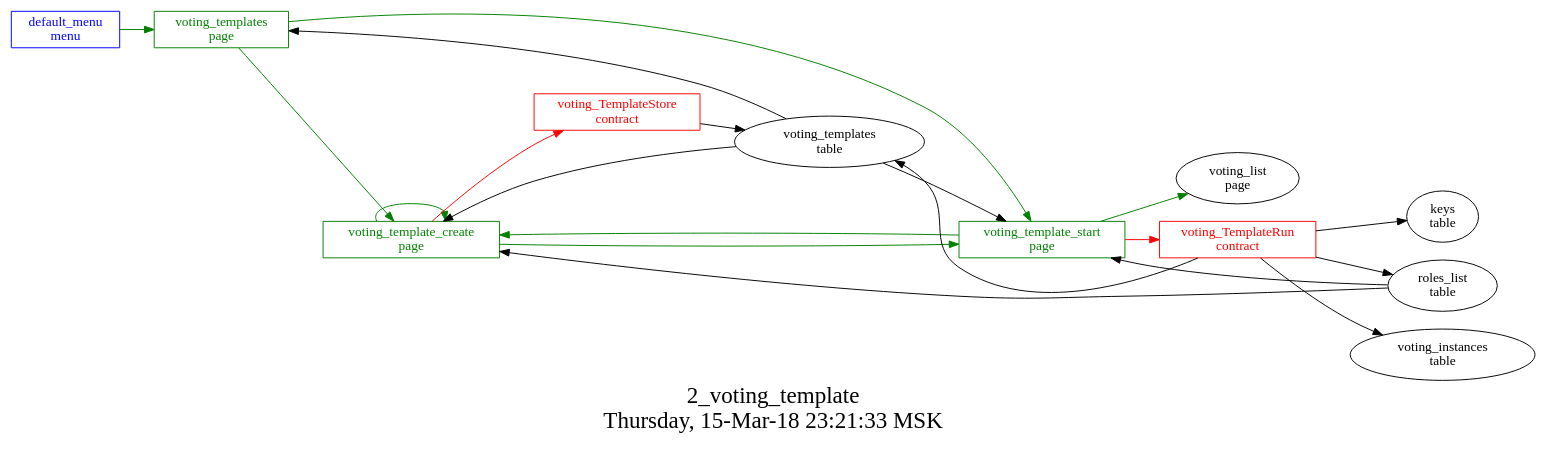
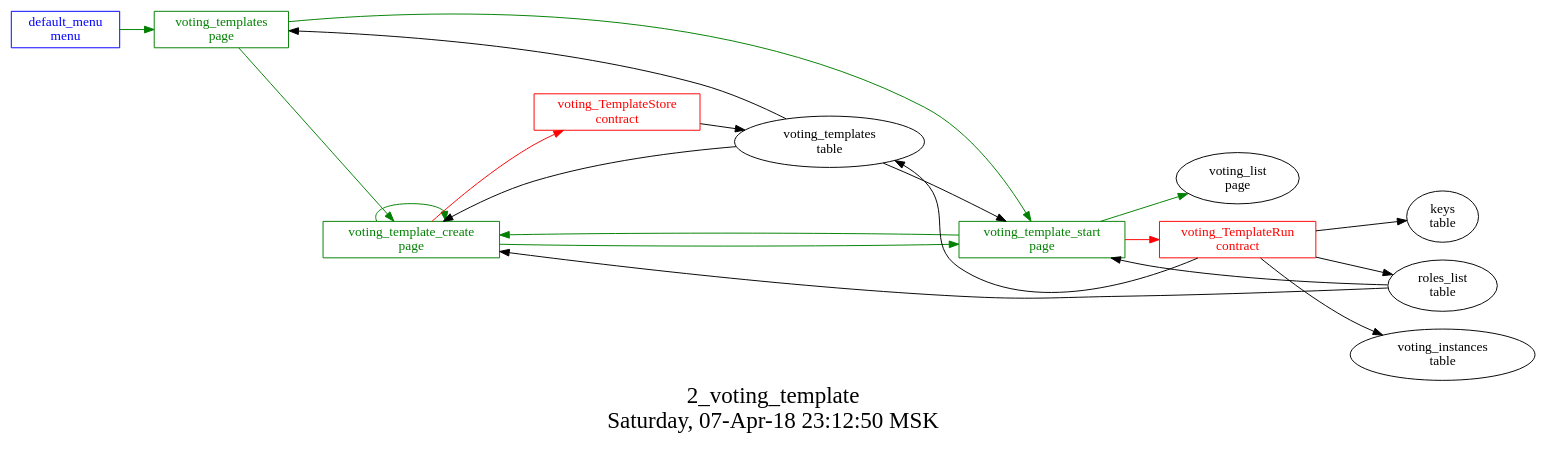
Before and after one commit to AplaProject/apps: the diagram in src/basic/basic_main/2_voting_templates/struct.dot, drawn with Graphviz. The commit also changed 9 other files, not shown here.

```diff
--- a/src/basic/basic_main/2_voting_templates/struct.dot
+++ b/src/basic/basic_main/2_voting_templates/struct.dot
@@ -1,36 +1,36 @@
 digraph G {
 graph [
   fontsize="24";
-  label="2_voting_template\nThursday, 15-Mar-18 23:21:33 MSK";
+  label="2_voting_template\nSaturday, 07-Apr-18 23:12:50 MSK";
   nojustify=true;
   ordering=out;
   rankdir=LR;
   size="30";
 ];
 "default_menu\nmenu" -> "voting_templates\npage"  [ color=green ]
 "default_menu\nmenu" [color=blue, fontcolor=blue, group=menus, shape=record];
 "voting_template_create\npage" -> "voting_TemplateStore\ncontract"  [ color=red ]
 "voting_templates\ntable" -> "voting_template_create\npage"  [ color="" ]
 "roles_list\ntable" -> "voting_template_create\npage"  [ color="" ]
 "voting_template_create\npage" -> "voting_template_create\npage"  [ color=green ]
 "voting_template_create\npage" -> "voting_template_start\npage"  [ color=green ]
 "voting_template_create\npage" [color=green, fontcolor=green, group=pages, shape=record];
 "voting_template_start\npage" -> "voting_TemplateRun\ncontract"  [ color=red ]
 "voting_templates\ntable" -> "voting_template_start\npage"  [ color="" ]
 "roles_list\ntable" -> "voting_template_start\npage"  [ color="" ]
 "voting_template_start\npage" -> "voting_template_create\npage"  [ color=green ]
 "voting_template_start\npage" -> "voting_list\npage"  [ color=green ]
 "voting_template_start\npage" [color=green, fontcolor=green, group=pages, shape=record];
 "voting_templates\ntable" -> "voting_templates\npage"  [ color="" ]
 "voting_templates\npage" -> "voting_template_start\npage"  [ color=green ]
 "voting_templates\npage" -> "voting_template_create\npage"  [ color=green ]
 "voting_templates\npage" [color=green, fontcolor=green, group=pages, shape=record];
 "voting_TemplateRun\ncontract" -> "voting_templates\ntable"  [ color="" ]
 "voting_TemplateRun\ncontract" -> "keys\ntable"  [ color="" ]
 "voting_TemplateRun\ncontract" -> "roles_list\ntable"  [ color="" ]
 "voting_TemplateRun\ncontract" -> "voting_instances\ntable"  [ color="" ]
 "voting_TemplateRun\ncontract" [color=red, fontcolor=red, group=contracts, shape=record];
 "voting_TemplateStore\ncontract" -> "voting_templates\ntable"  [ color="" ]
 "voting_TemplateStore\ncontract" [color=red, fontcolor=red, group=contracts, shape=record];
 "voting_templates\ntable" [color="", fontcolor="", group=tables, shape=""];
 }
```
